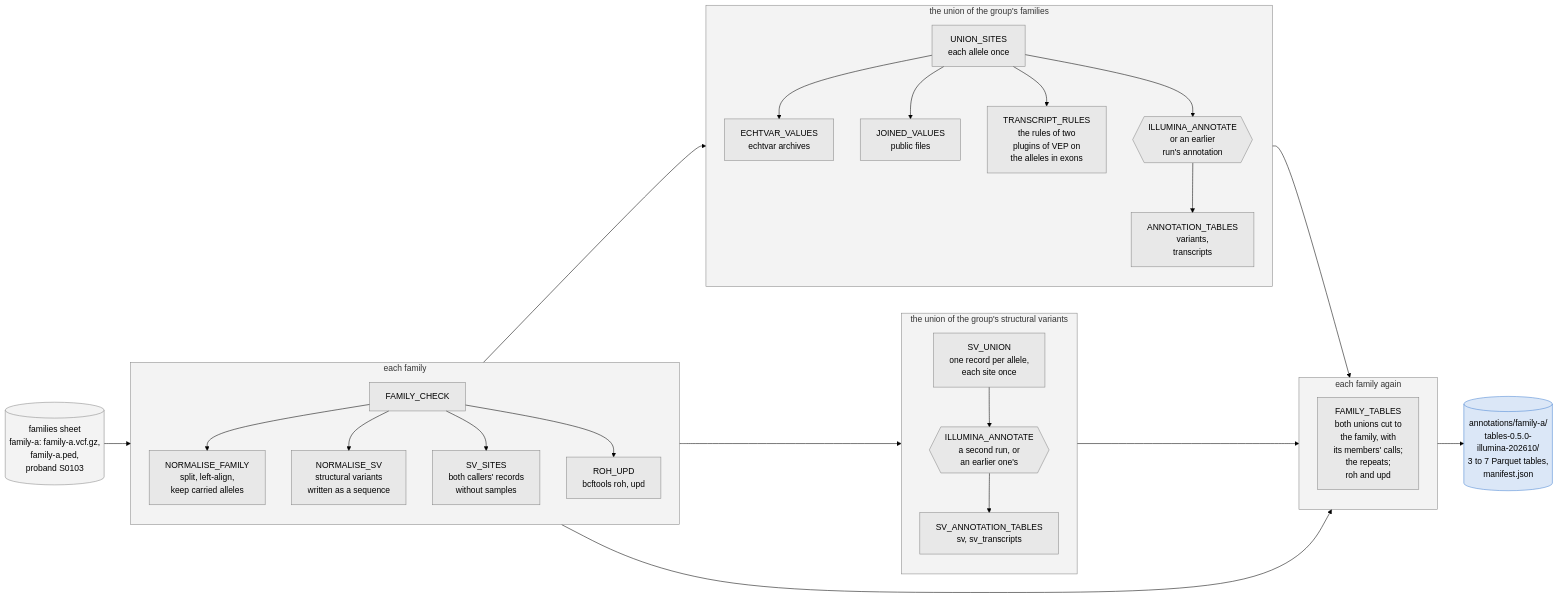
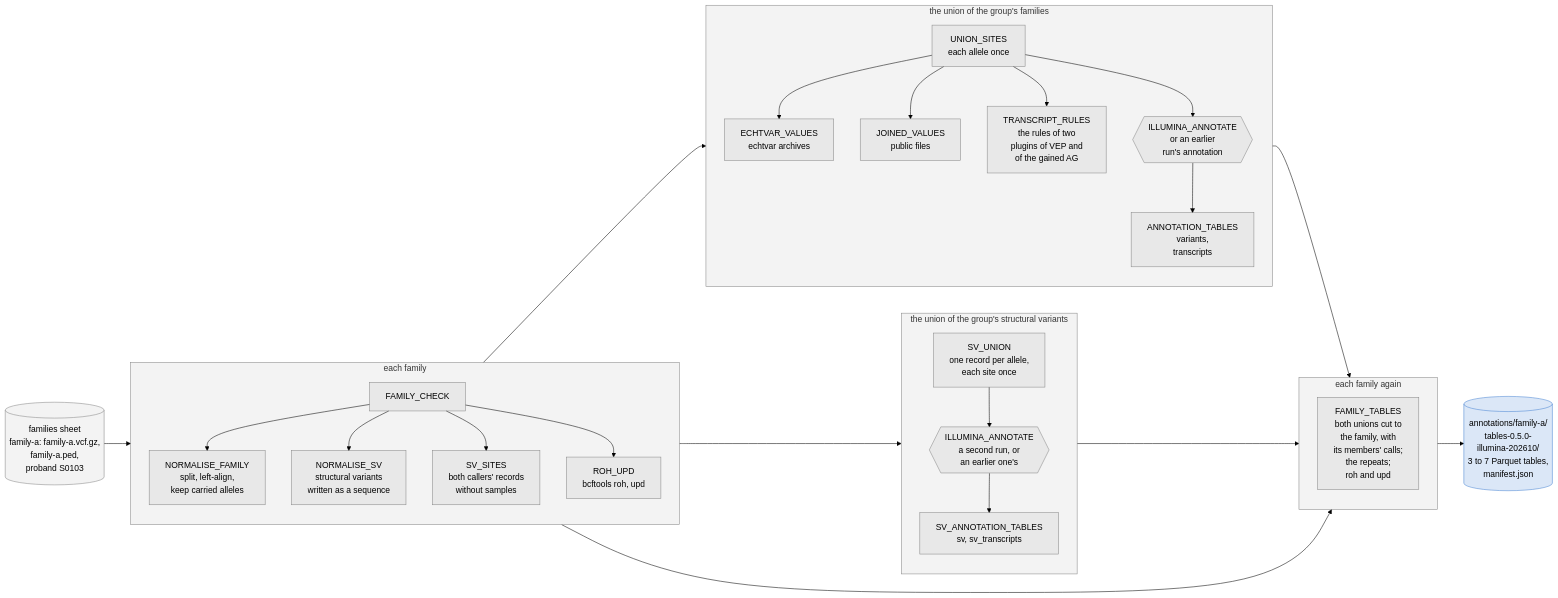
One commit to populationgenomics/case-annotation-pipeline changed the third of 3 diagrams in docs/annotation.md. Above: the diagram before and after it, drawn with Mermaid (forest theme). The commit also changed other lines of this file and 27 other files, not shown here.

````diff
--- a/docs/annotation.md
+++ b/docs/annotation.md
@@ -425,57 +425,57 @@
 ```mermaid
 flowchart LR
     IN[("families sheet<br/>family-a: family-a.vcf.gz,<br/>family-a.ped,<br/>proband S0103")]
 
     subgraph EACH["each family"]
         direction TB
         CHECK["FAMILY_CHECK"]
         NORMALISE["NORMALISE_FAMILY<br/>split, left-align,<br/>keep carried alleles"]
         SV["NORMALISE_SV<br/>structural variants<br/>written as a sequence"]
         SVSITES["SV_SITES<br/>both callers' records<br/>without samples"]
         ROHUPD["ROH_UPD<br/>bcftools roh, upd"]
         CHECK --> NORMALISE
         CHECK --> SV
         CHECK --> SVSITES
         CHECK --> ROHUPD
     end
 
     subgraph UNION["the union of the group's families"]
         direction TB
         SITES["UNION_SITES<br/>each allele once"]
         VALUES["ECHTVAR_VALUES<br/>echtvar archives"]
         JOINED["JOINED_VALUES<br/>public files"]
-        RULES["TRANSCRIPT_RULES<br/>the rules of two<br/>plugins of VEP on<br/>the alleles in exons"]
+        RULES["TRANSCRIPT_RULES<br/>the rules of two<br/>plugins of VEP and<br/>of the gained AG"]
         ANNOTATE{{"ILLUMINA_ANNOTATE<br/>or an earlier<br/>run's annotation"}}
         TABLES["ANNOTATION_TABLES<br/>variants,<br/>transcripts"]
         SITES --> VALUES
         SITES --> JOINED
         SITES --> RULES
         SITES --> ANNOTATE --> TABLES
     end
 
     subgraph SVUNION["the union of the group's structural variants"]
         direction TB
         SVU["SV_UNION<br/>one record per allele,<br/>each site once"]
         SVANNOTATE{{"ILLUMINA_ANNOTATE<br/>a second run, or<br/>an earlier one's"}}
         SVTABLES["SV_ANNOTATION_TABLES<br/>sv, sv_transcripts"]
         SVU --> SVANNOTATE --> SVTABLES
     end
 
     subgraph CUT["each family again"]
         direction TB
         FAMILY["FAMILY_TABLES<br/>both unions cut to<br/>the family, with<br/>its members' calls;<br/>the repeats;<br/>roh and upd"]
     end
 
     OUT[("annotations/family-a/<br/>tables-0.5.0-<br/>illumina-202610/<br/>3 to 7 Parquet tables,<br/>manifest.json")]
 
     IN --> EACH --> UNION --> CUT --> OUT
     EACH --> SVUNION --> CUT
     EACH --> CUT
 
     classDef default fill:#8888881a,stroke:#888888
     style EACH fill:#8888881a,stroke:#888888
     style UNION fill:#8888881a,stroke:#888888
     style SVUNION fill:#8888881a,stroke:#888888
     style CUT fill:#8888881a,stroke:#888888
     style OUT fill:#4a86d433,stroke:#4a86d4
 ```
````
